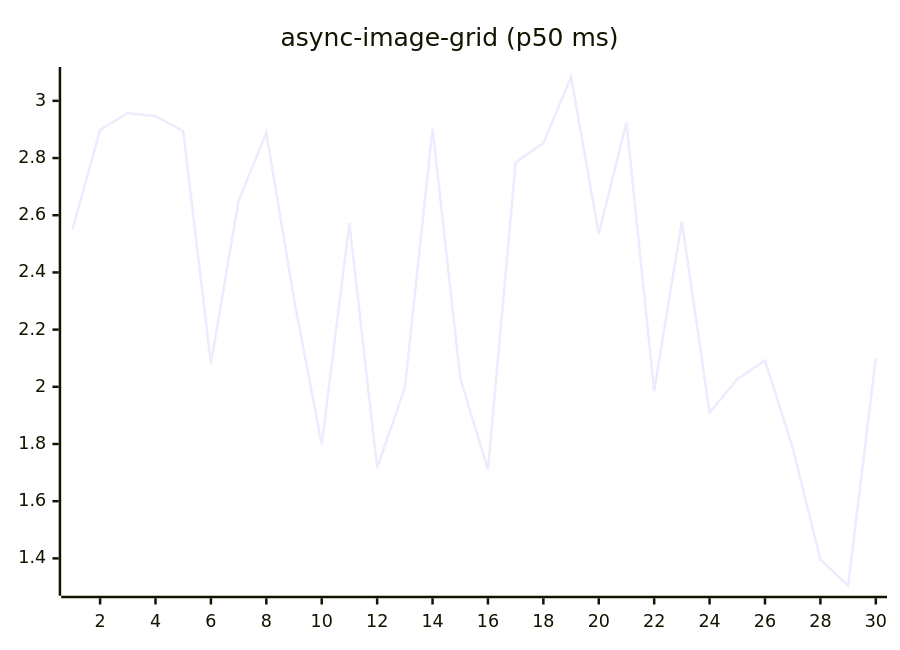
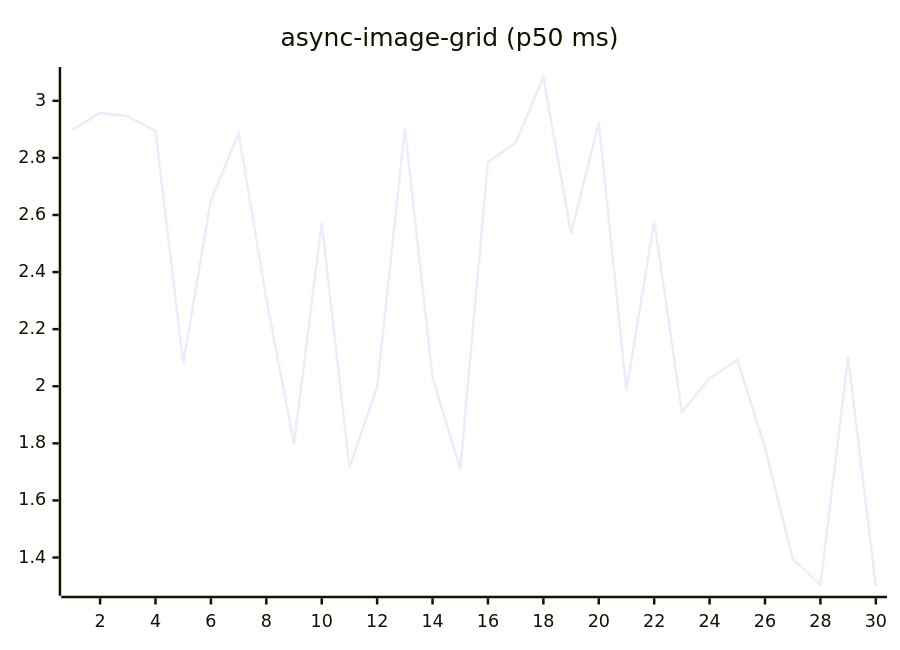
Before and after one commit to josha/Facet: the fifth of 27 diagrams in README.md, drawn with Mermaid. The commit also changed other lines of this file and 2 other files, not shown here.

````diff
--- a/README.md
+++ b/README.md
@@ -91,6 +91,6 @@
 ```mermaid
 xychart-beta
     title "async-image-grid (p50 ms)"
     x-axis 1 --> 30
-    line [2.5497, 2.8980, 2.9576, 2.9463, 2.8940, 2.0815, 2.6515, 2.8871, 2.3060, 1.7979, 2.5726, 1.7163, 1.9964, 2.9032, 2.0307, 1.7099, 2.7848, 2.8523, 3.0834, 2.5349, 2.9237, 1.9862, 2.5787, 1.9102, 2.0270, 2.0924, 1.7862, 1.3954, 1.3043, 2.1007]
+    line [2.8980, 2.9576, 2.9463, 2.8940, 2.0815, 2.6515, 2.8871, 2.3060, 1.7979, 2.5726, 1.7163, 1.9964, 2.9032, 2.0307, 1.7099, 2.7848, 2.8523, 3.0834, 2.5349, 2.9237, 1.9862, 2.5787, 1.9102, 2.0270, 2.0924, 1.7862, 1.3954, 1.3043, 2.1007, 1.3011]
 ```
````
